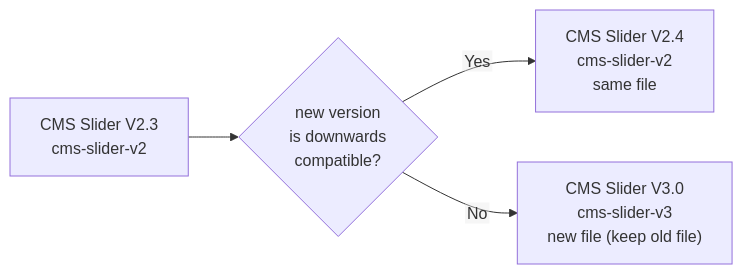
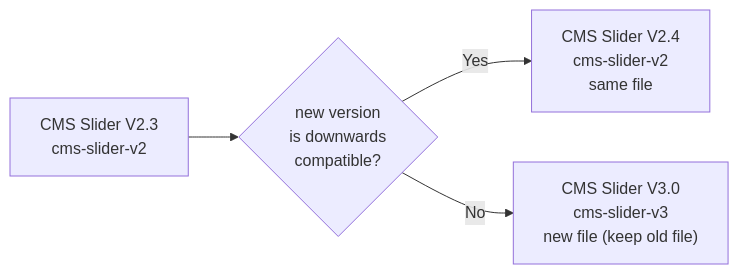
One commit to WeAreMomentum/library changed the diagram in README.md. Above: the diagram before and after it, drawn with Mermaid.

Commit message:
flowchart in readme

````diff
--- a/README.md
+++ b/README.md
@@ -23,19 +23,18 @@
 ```mermaid
-%%{init: {"flowchart": {"htmlLabels": false}} }%%
 flowchart LR
-    v23["`CMS Slider V2.3
-    cms-slider-v2`"]
-    cond{"`new version
+    v23["CMS Slider V2.3
+    cms-slider-v2"]
+    cond{"new version
     is downwards
-    compatible?`"}
-    v24["`CMS Slider V2.4
+    compatible?"}
+    v24["CMS Slider V2.4
     cms-slider-v2
-    same file`"]
-    v30["`CMS Slider V3.0
+    same file"]
+    v30["CMS Slider V3.0
     cms-slider-v3
-    new file (keep old file)`"]
+    new file (keep old file)"]
 
     v23 --> cond
     cond -->|Yes| v24
     cond -->|No| v30
 ```
````
